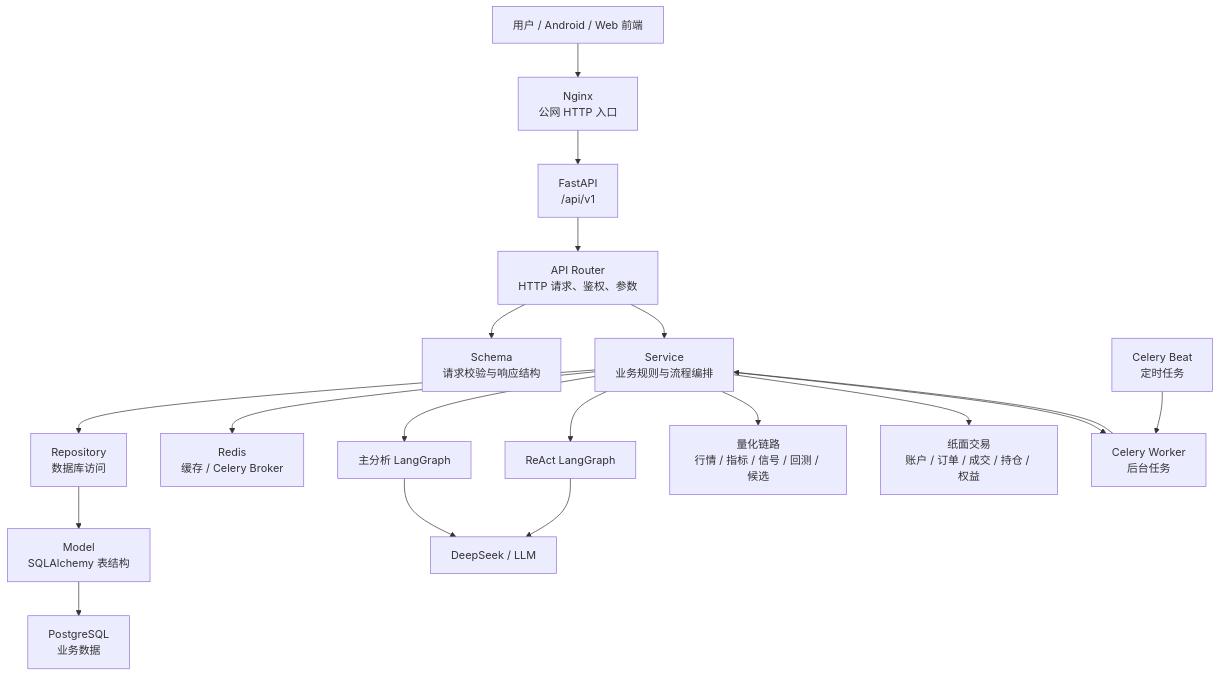
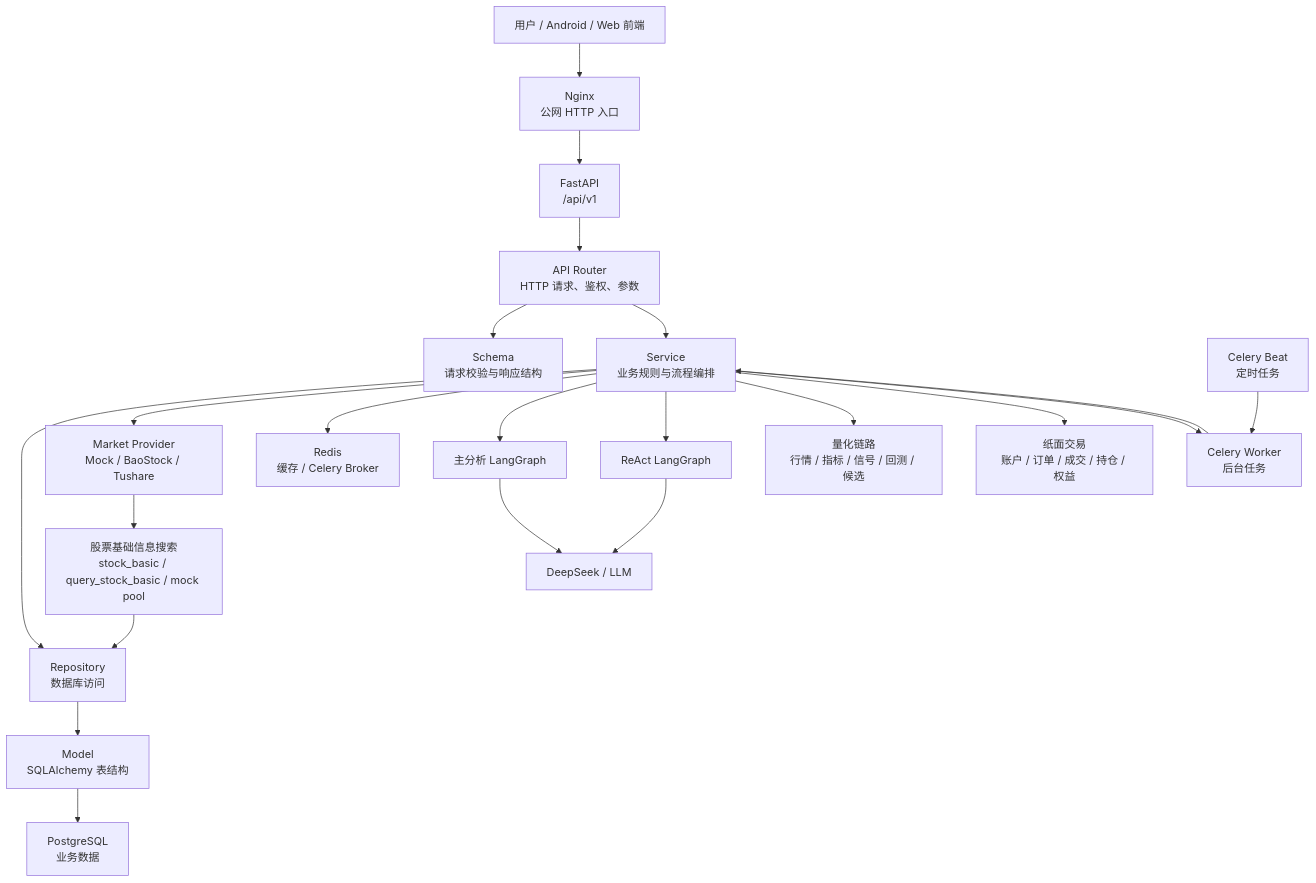
The diagram in docs/项目介绍.md (deleson/langgraph_commerce_stock_backend), drawn with Mermaid before and after one commit. The commit also changed other lines of this file and 4 other files, not shown here.

Commit message:
docs: update provider-backed stock search notes

````diff
--- a/docs/项目介绍.md
+++ b/docs/项目介绍.md
@@ -94,25 +95,29 @@
 ```mermaid
 flowchart TD
     U["用户 / Android / Web 前端"] --> N["Nginx<br/>公网 HTTP 入口"]
     N --> API["FastAPI<br/>/api/v1"]
 
     API --> Router["API Router<br/>HTTP 请求、鉴权、参数"]
     Router --> Schema["Schema<br/>请求校验与响应结构"]
     Router --> Service["Service<br/>业务规则与流程编排"]
 
     Service --> Repo["Repository<br/>数据库访问"]
     Repo --> Model["Model<br/>SQLAlchemy 表结构"]
     Model --> DB["PostgreSQL<br/>业务数据"]
 
+    Service --> Provider["Market Provider<br/>Mock / BaoStock / Tushare"]
+    Provider --> Symbol["股票基础信息搜索<br/>stock_basic / query_stock_basic / mock pool"]
+    Symbol --> Repo
+
     Service --> Redis["Redis<br/>缓存 / Celery Broker"]
     Service --> Graph1["主分析 LangGraph"]
     Service --> Graph2["ReAct LangGraph"]
     Graph1 --> LLM["DeepSeek / LLM"]
     Graph2 --> LLM
 
     Service --> Quant["量化链路<br/>行情 / 指标 / 信号 / 回测 / 候选"]
     Service --> Paper["纸面交易<br/>账户 / 订单 / 成交 / 持仓 / 权益"]
     Service --> Task["Celery Worker<br/>后台任务"]
     Beat["Celery Beat<br/>定时任务"] --> Task
     Task --> Service
 ```
````
